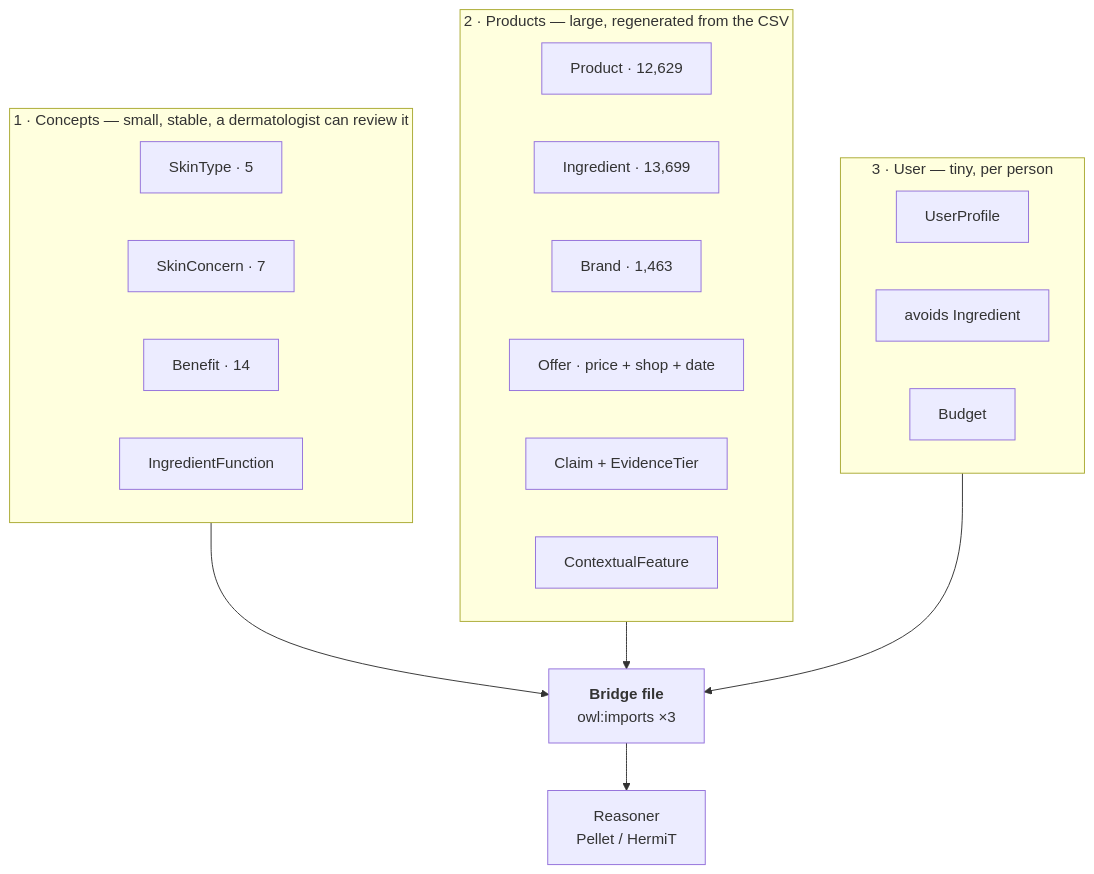
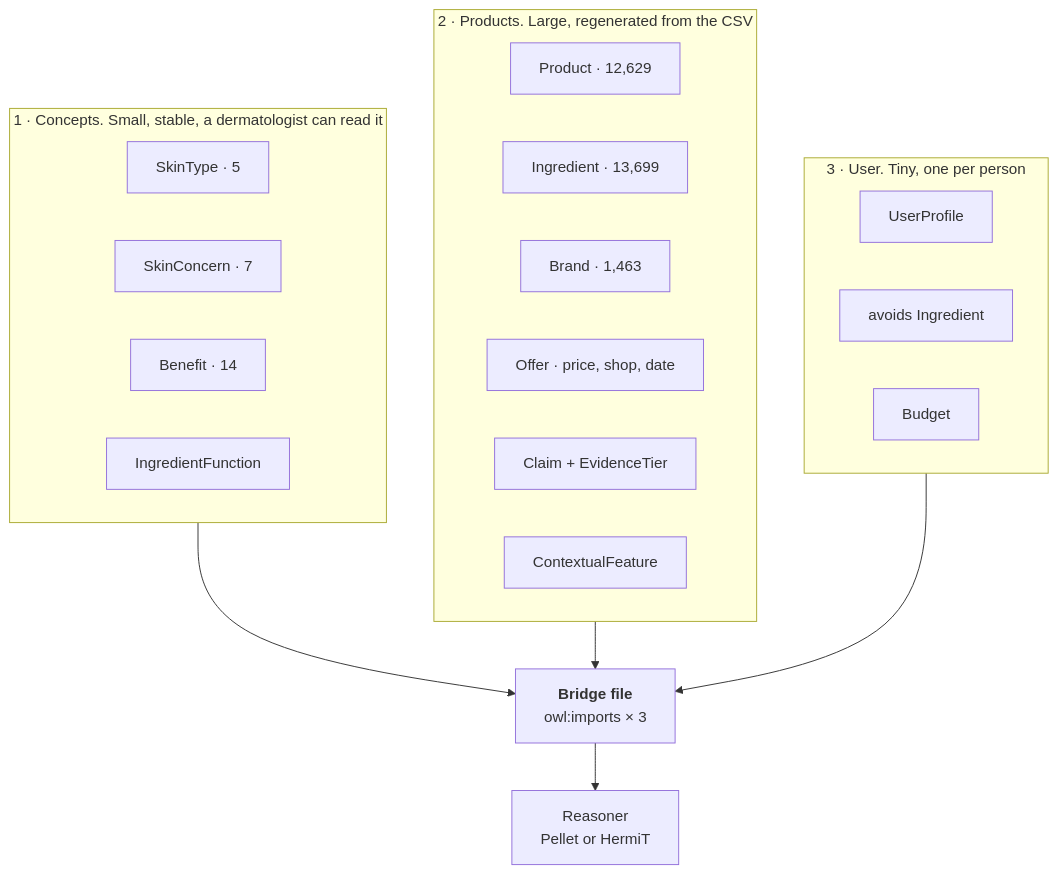
The seventh of 8 diagrams in ONTOLOGY_REUSE.md (devexlynne/A-Multi-Source-Enriched-Skincare-Product-Dataset-for-Knowledge-Graph-Based-Recommendation), drawn with Mermaid before and after one commit. The commit also changed other lines of this file and 5 other files, not shown here.

````diff
--- a/ONTOLOGY_REUSE.md
+++ b/ONTOLOGY_REUSE.md
@@ -182,26 +182,26 @@
 ```mermaid
 graph TB
-    subgraph ONE["1 · Concepts — small, stable, a dermatologist can review it"]
+    subgraph ONE["1 · Concepts. Small, stable, a dermatologist can read it"]
         ST["SkinType · 5"]
         SC["SkinConcern · 7"]
         BN["Benefit · 14"]
         IF["IngredientFunction"]
     end
-    subgraph TWO["2 · Products — large, regenerated from the CSV"]
+    subgraph TWO["2 · Products. Large, regenerated from the CSV"]
         PD["Product · 12,629"]
         IG["Ingredient · 13,699"]
         BD["Brand · 1,463"]
-        OF["Offer · price + shop + date"]
+        OF["Offer · price, shop, date"]
         CLM["Claim + EvidenceTier"]
         CTX["ContextualFeature"]
     end
-    subgraph THREE["3 · User — tiny, per person"]
+    subgraph THREE["3 · User. Tiny, one per person"]
         UP["UserProfile"]
         AL["avoids Ingredient"]
         BG["Budget"]
     end
-    ONE --> BR["<b>Bridge file</b><br/>owl:imports ×3"]
+    ONE --> BR["<b>Bridge file</b><br/>owl:imports × 3"]
     TWO --> BR
     THREE --> BR
-    BR --> RS["Reasoner<br/>Pellet / HermiT"]
+    BR --> RS["Reasoner<br/>Pellet or HermiT"]
 ```
````
